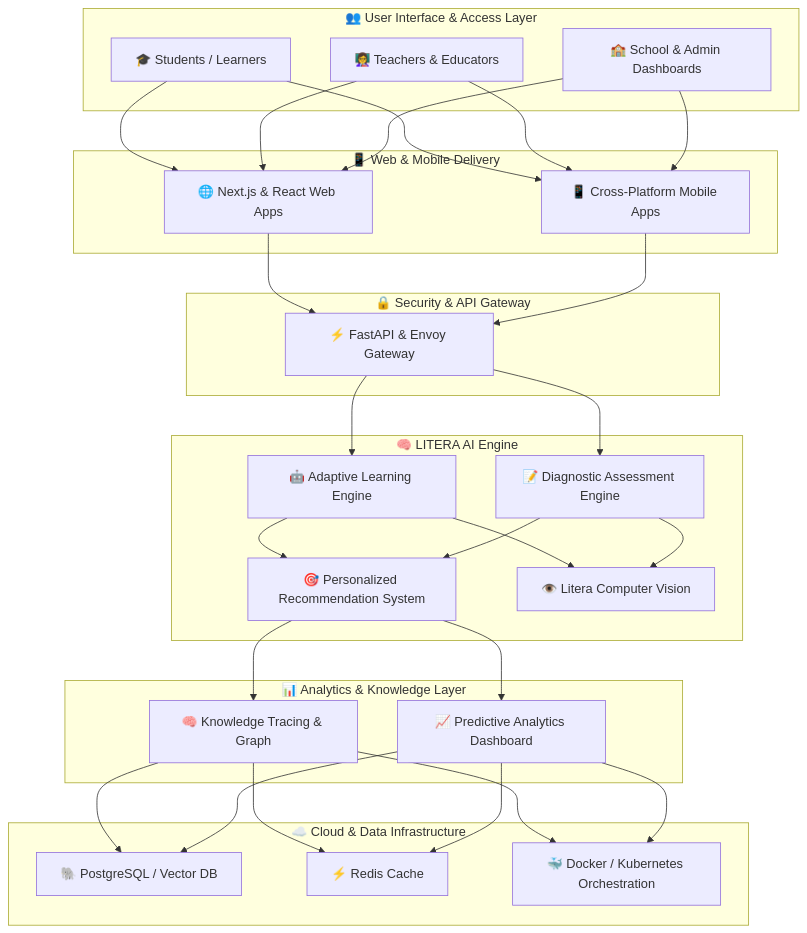
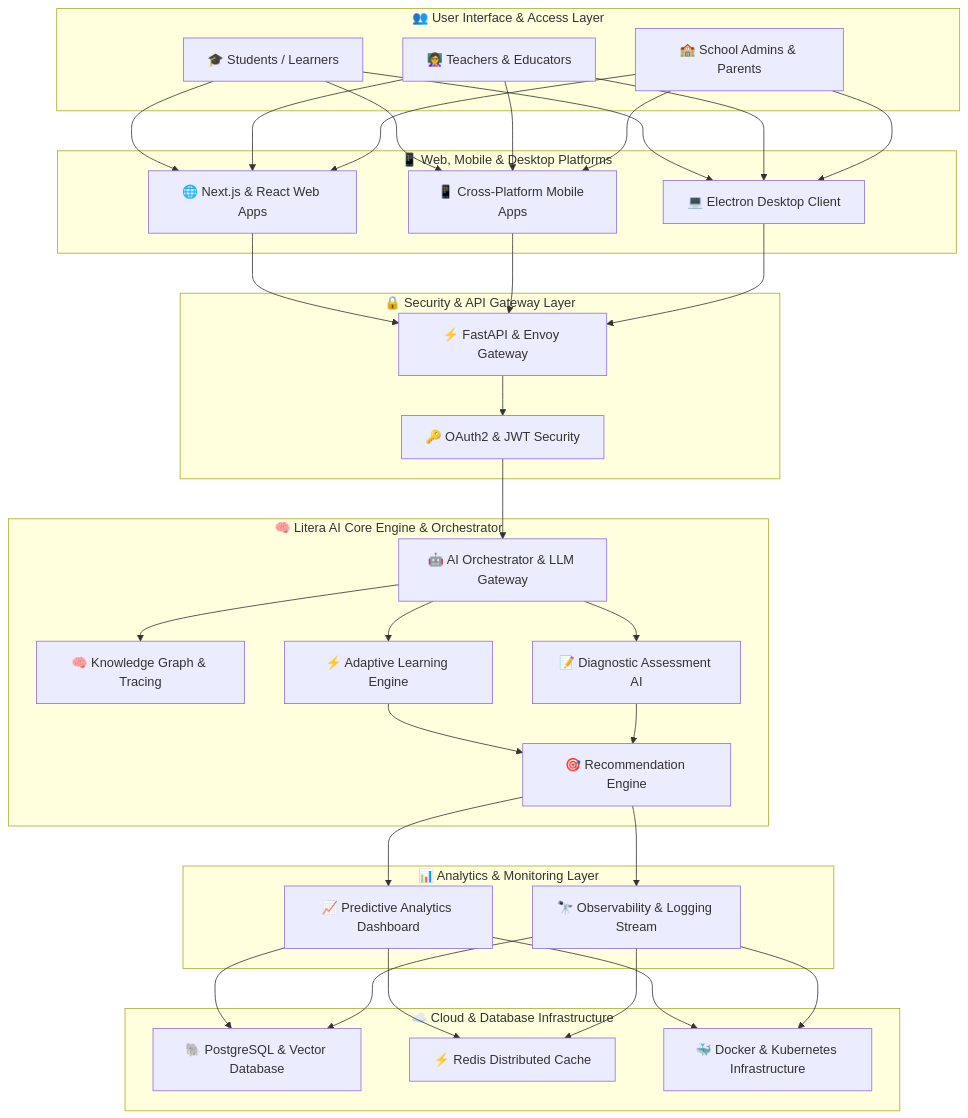
Before and after one commit to litera-intelligence/.github: the first of 3 diagrams in README.md, drawn with Mermaid. The commit also changed other lines of this file, not shown here.

````diff
--- a/README.md
+++ b/README.md
@@ -76,49 +125,53 @@
 ```mermaid
 graph TD
     %% User Layer
     subgraph User_Layer ["👥 User Interface & Access Layer"]
         U1["🎓 Students / Learners"]
         U2["👩‍🏫 Teachers & Educators"]
-        U3["🏫 School & Admin Dashboards"]
+        U3["🏫 School Admins & Parents"]
     end
 
-    %% Client Layer
-    subgraph Client_Layer ["📱 Web & Mobile Delivery"]
+    %% Client Delivery
+    subgraph Client_Layer ["📱 Web, Mobile & Desktop Platforms"]
         W1["🌐 Next.js & React Web Apps"]
         W2["📱 Cross-Platform Mobile Apps"]
+        W3["💻 Electron Desktop Client"]
     end
 
-    %% API Gateway Layer
-    subgraph Gateway_Layer ["🔒 Security & API Gateway"]
+    %% API Gateway
+    subgraph Gateway_Layer ["🔒 Security & API Gateway Layer"]
         GW["⚡ FastAPI & Envoy Gateway"]
+        AUTH["🔑 OAuth2 & JWT Security"]
     end
 
-    %% Core AI Engine Layer
-    subgraph Core_AI_Layer ["🧠 LITERA AI Engine"]
-        ALE["🤖 Adaptive Learning Engine"]
-        ASE["📝 Diagnostic Assessment Engine"]
-        REC["🎯 Personalized Recommendation System"]
-        CVE["👁️ Litera Computer Vision"]
+    %% Orchestrator & AI Engine
+    subgraph Core_AI_Layer ["🧠 Litera AI Core Engine & Orchestrator"]
+        ORCH["🤖 AI Orchestrator & LLM Gateway"]
+        KG["🧠 Knowledge Graph & Tracing"]
+        ALE["⚡ Adaptive Learning Engine"]
+        ASE["📝 Diagnostic Assessment AI"]
+        REC["🎯 Recommendation Engine"]
     end
 
-    %% Intelligence & Analytics
-    subgraph Analytics_Layer ["📊 Analytics & Knowledge Layer"]
-        KGM["🧠 Knowledge Tracing & Graph"]
+    %% Analytics & Monitoring
+    subgraph Analytics_Layer ["📊 Analytics & Monitoring Layer"]
         ADB["📈 Predictive Analytics Dashboard"]
+        OBS["🔭 Observability & Logging Stream"]
     end
 
-    %% Infrastructure & Data
-    subgraph Infra_Layer ["☁️ Cloud & Data Infrastructure"]
-        DB["🐘 PostgreSQL / Vector DB"]
-        CACHE["⚡ Redis Cache"]
-        K8S["🐳 Docker / Kubernetes Orchestration"]
+    %% Storage & Infra
+    subgraph Infra_Layer ["☁️ Cloud & Database Infrastructure"]
+        DB["🐘 PostgreSQL & Vector Database"]
+        CACHE["⚡ Redis Distributed Cache"]
+        K8S["🐳 Docker & Kubernetes Infrastructure"]
     end
 
     %% Flow Connections
-    U1 & U2 & U3 --> W1 & W2
-    W1 & W2 --> GW
-    GW --> ALE & ASE
-    ALE & ASE --> REC & CVE
-    REC --> KGM & ADB
-    KGM & ADB --> DB & CACHE & K8S
+    U1 & U2 & U3 --> W1 & W2 & W3
+    W1 & W2 & W3 --> GW --> AUTH
+    AUTH --> ORCH
+    ORCH --> KG & ALE & ASE
+    ALE & ASE --> REC
+    REC --> ADB & OBS
+    ADB & OBS --> DB & CACHE & K8S
 ```
````
